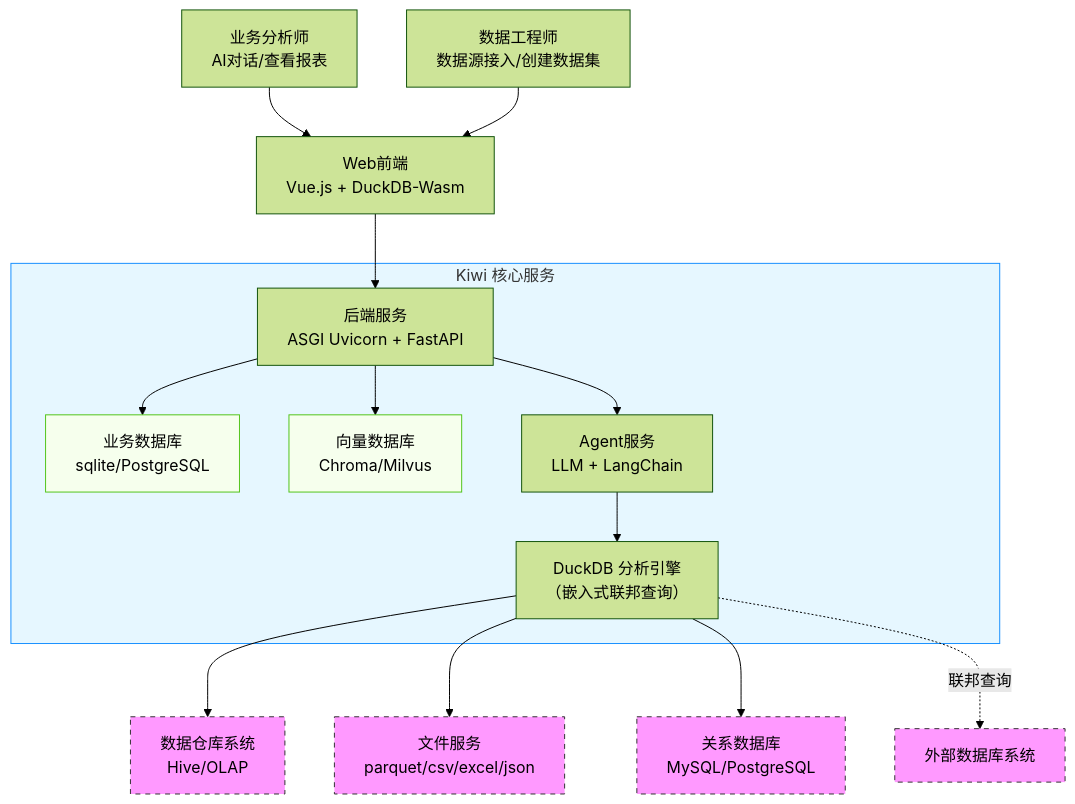
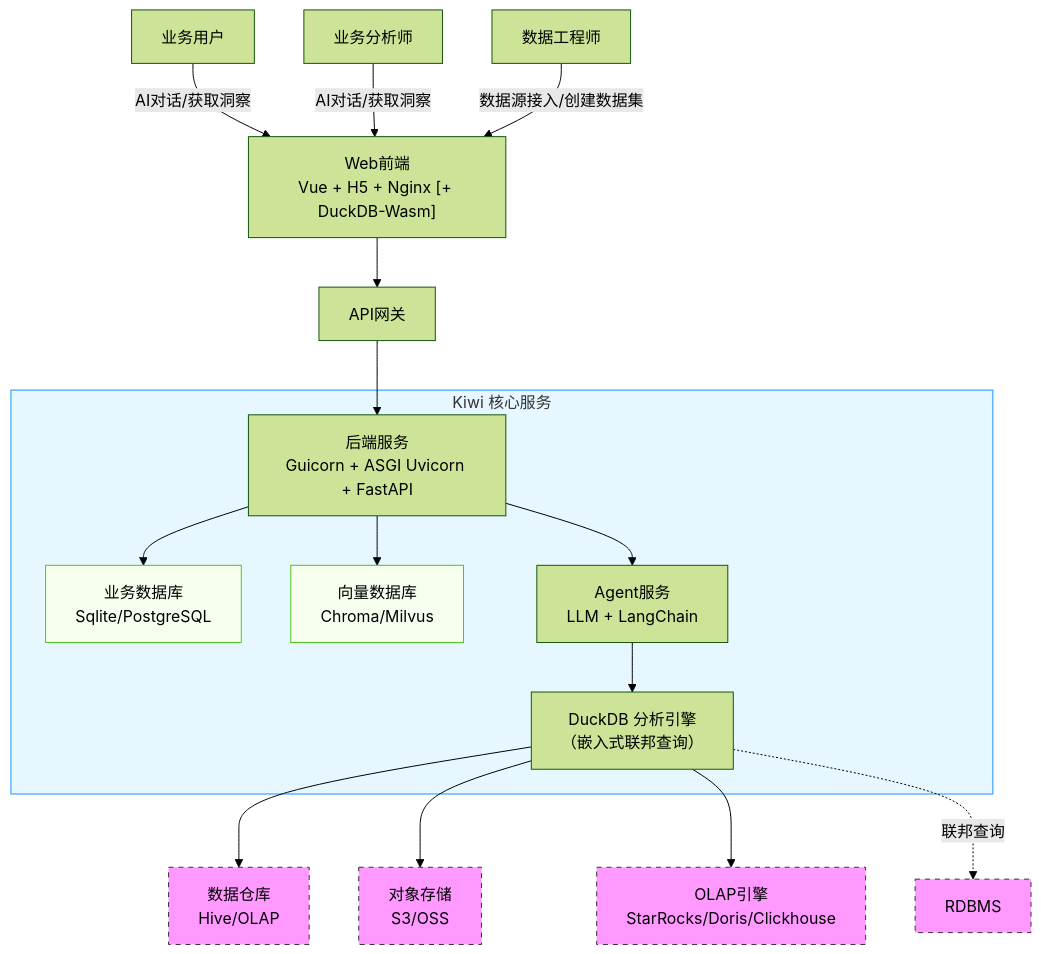
The fifth of 19 diagrams in docs/PRD.md (carmhuo/kiwi-agent), drawn with Mermaid (forest theme) before and after one commit. The commit also changed other lines of this file and 1 other file, not shown here.

````diff
--- a/docs/PRD.md
+++ b/docs/PRD.md
@@ -267,42 +300,40 @@
 ```mermaid
 graph TD
-    %% ========== 用户角色 ==========
-    customer["业务分析师<br>AI对话/查看报表"] --> Frontend
-    admin["数据工程师<br>数据源接入/创建数据集"] --> Frontend
-    
-    %% ========== 前端系统 ==========
-    Frontend["Web前端<br>Vue.js + DuckDB-Wasm"] 
-    
-    %% ========== 核心服务容器 ==========
+%% ========== 用户角色 ==========
+    biz_customer["业务用户"] -->|AI对话/获取洞察| Frontend
+    ba_customer["业务分析师"] -->|AI对话/获取洞察| Frontend
+    admin["数据工程师"] -->|数据源接入/创建数据集| Frontend
+%% ========== 前端系统 ==========
+    Frontend["Web前端<br>Vue + H5 + Nginx [+ DuckDB-Wasm]"]
+%% ========= 网关 ===========
+    Gateway["API网关"]
+%% ========== 核心服务容器 ==========
     subgraph Kiwi_Core["Kiwi 核心服务"]
-        Backend["后端服务<br>ASGI Uvicorn + FastAPI"]
-        Database["业务数据库<br>sqlite/PostgreSQL"]
+        Backend["后端服务<br>Guicorn + ASGI Uvicorn + FastAPI"]
+        Database["业务数据库<br>Sqlite/PostgreSQL"]
         VectorDB["向量数据库<br>Chroma/Milvus"]
         LangchainService["Agent服务<br>LLM + LangChain"]
         DuckDB["DuckDB 分析引擎<br>（嵌入式联邦查询）"]
     end
-    
-    %% ========== 数据流连接 ==========
-    Frontend --> Backend
+
+%% ========== 数据流连接 ==========
+    Frontend --> Gateway
+    Gateway --> Backend
     Backend --> Database
     Backend --> VectorDB
     Backend --> LangchainService
     LangchainService --> DuckDB
-    
-    %% ========== 外部系统集成 ==========
-    DuckDB --> datawarehouse["数据仓库系统<br>Hive/OLAP"]
-    DuckDB --> fileplatform["文件服务<br>parquet/csv/excel/json"]
-    DuckDB --> rdbms["关系数据库<br>MySQL/PostgreSQL"]
-    
-    %% ========== 联邦查询示意 ==========
-    DuckDB -.->|联邦查询| ExternalDB["外部数据库系统"]
-    
-    %% ========== 图例说明 ==========
-    classDef external fill:#f9f,stroke:#333,stroke-dasharray: 5 5
-    classDef core fill:#e6f7ff,stroke:#1890ff
-    classDef db fill:#f6ffed,stroke:#52c41a
-    
+%% ========== 外部系统集成 ==========
+    DuckDB --> DataWarehouse["数据仓库<br>Hive/OLAP"]
+    DuckDB --> FilePlatform["对象存储<br>S3/OSS"]
+    DuckDB --> rdbms["OLAP引擎<br>StarRocks/Doris/Clickhouse"]
+%% ========== 联邦查询示意 ==========
+    DuckDB -.->|联邦查询| ExternalDB["RDBMS"]
+%% ========== 图例说明 ==========
+    classDef external fill: #f9f, stroke: #333, stroke-dasharray: 5 5
+    classDef core fill: #e6f7ff, stroke: #1890ff
+    classDef db fill: #f6ffed, stroke: #52c41a
     class Kiwi_Core core
-    class datawarehouse,fileplatform,rdbms,ExternalDB external
-    class Database,VectorDB db
+class DataWarehouse,FilePlatform,rdbms,ExternalDB external
+class Database,VectorDB db
 ```
````
